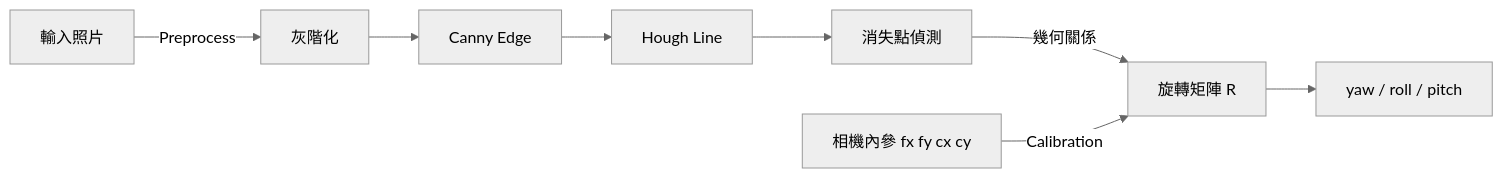
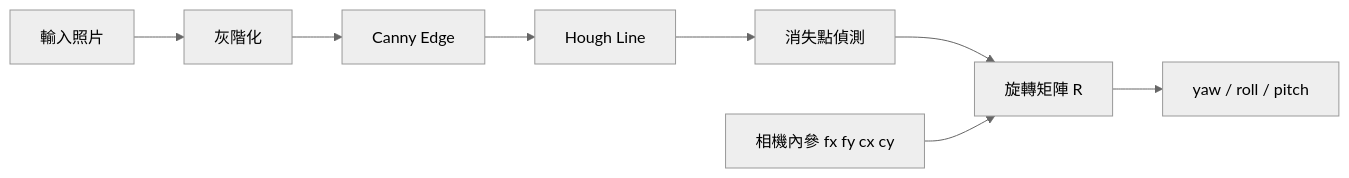
The first of 2 diagrams in README.md (f114112140-star/Indoor-mobile-phone-camera-pose), drawn with Mermaid (neutral theme) before and after one commit.

Commit message:
Fix mermaid graph syntax in README.md

````diff
--- a/README.md
+++ b/README.md
@@ -3,12 +3,12 @@
 ```mermaid
 graph LR
-    A[輸入照片] -->|Preprocess| B[灰階化]
+    A[輸入照片] --> B[灰階化]
     B --> C[Canny Edge]
     C --> D[Hough Line]
     D --> E[消失點偵測]
 
-    E -->|幾何關係| G[旋轉矩陣 R]
-    F[相機內參 fx fy cx cy] -->|Calibration| G
+    E --> G[旋轉矩陣 R]
+    F[相機內參 fx fy cx cy] --> G
 
     G --> H[yaw / roll / pitch]
 ```
````
